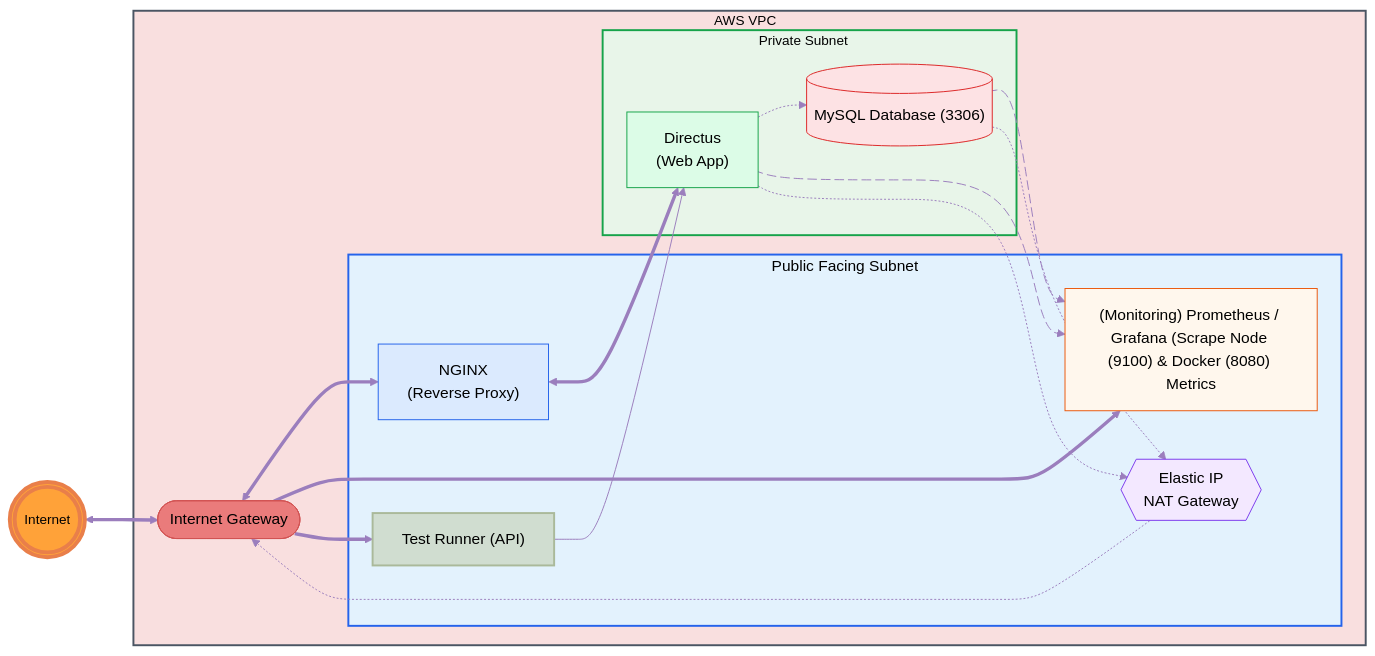
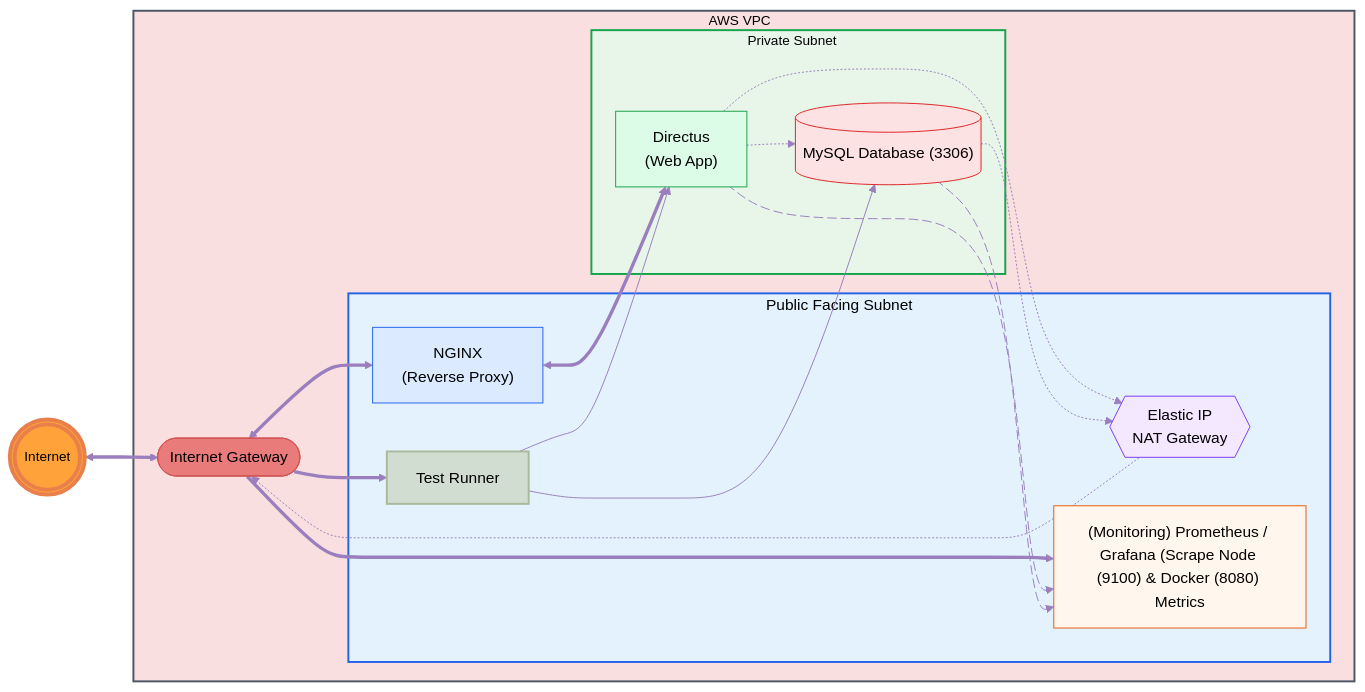
The diagram in README.md (Jazzar101/learning-terraform-3087701), drawn with Mermaid before and after one commit.

Commit message:
Added link for Database Tests to flowchart

````diff
--- a/README.md
+++ b/README.md
@@ -6,63 +6,64 @@
 ```mermaid
 flowchart LR
     Internet(((Internet)))
     subgraph VPC[AWS VPC]
         IGW([Internet Gateway])
         subgraph PublicSubnet[Public Facing Subnet]
             NAT{{"Elastic IP\nNAT Gateway"}}
             NGINX["NGINX\n(Reverse Proxy)"]
             Monitoring["(Monitoring) Prometheus / Grafana (Scrape Node (9100) & Docker (8080) Metrics"]
-            Testing["Test Runner (API)"]
+            Testing["Test Runner"]
         end
 
         subgraph PrivateSubnet[Private Subnet]
             App["Directus\n(Web App)"]
             DB[("MySQL Database (3306)")]
         end
     end
 
     Internet <==> IGW
     IGW <==> NGINX
     NGINX <==> App
     App -.-> DB
     IGW ==> Monitoring
     IGW ==> Testing
 
     App metricsApp@--> Monitoring
     DB metricsDB@--> Monitoring
     Testing --> App
+    Testing --> DB
     
     App -.-> NAT
     DB -.-> NAT
     NAT -.-> IGW
     
     metricsApp@{ animation: slow }    
     metricsDB@{ animation: slow }
 
     %% Node-only styling (GitHub safe)
     classDef ingress fill:#dbeafe,stroke:#2563eb,color:#000000
     classDef monitoring fill:#fff7ed,stroke:#ea580c,color:#000000
     classDef nat fill:#f3e8ff,stroke:#7c3aed,color:#000000
     classDef app fill:#dcfce7,stroke:#16a34a,color:#000000
     classDef db fill:#fde2e4,stroke:#dc2626,color:#000000
     classDef igw fill:#EA7B7B,stroke:#D25353,color:#000000
     classDef PublicSubnet fill:#e3f2fd,stroke:#2563eb
     classDef PrivateSubnet fill:#e8f5e9,stroke:#16a34a    
     classDef VPC fill:#F9DFDF,stroke:#4b5563,stroke-width:2px,color:#000000
     classDef testing fill:#D0DDD0,stroke:#AAB99A, stroke-width:2px,color:#000000
 
     style VPC fill:#F9DFDF,stroke:#4b5563,stroke-width:2px,color:#000000,font-size:14px
     style PublicSubnet fill:#e3f2fd,stroke:#2563eb,stroke-width:2px,color:#000000,font-size:14x
     style PrivateSubnet fill:#e8f5e9,stroke:#16a34a,stroke-width:2px,color:#000000,font-size:14px
     style Internet fill:#FFA239,stroke:#E97F4A,stroke-width:4px,color:#000000,font-size:14px
 
     linkStyle default stroke:#9B7EBD
 
     class NGINX ingress
     class Monitoring monitoring
     class NAT nat
     class App app
     class DB db
     class IGW igw
     class Testing testing
 ```
````
